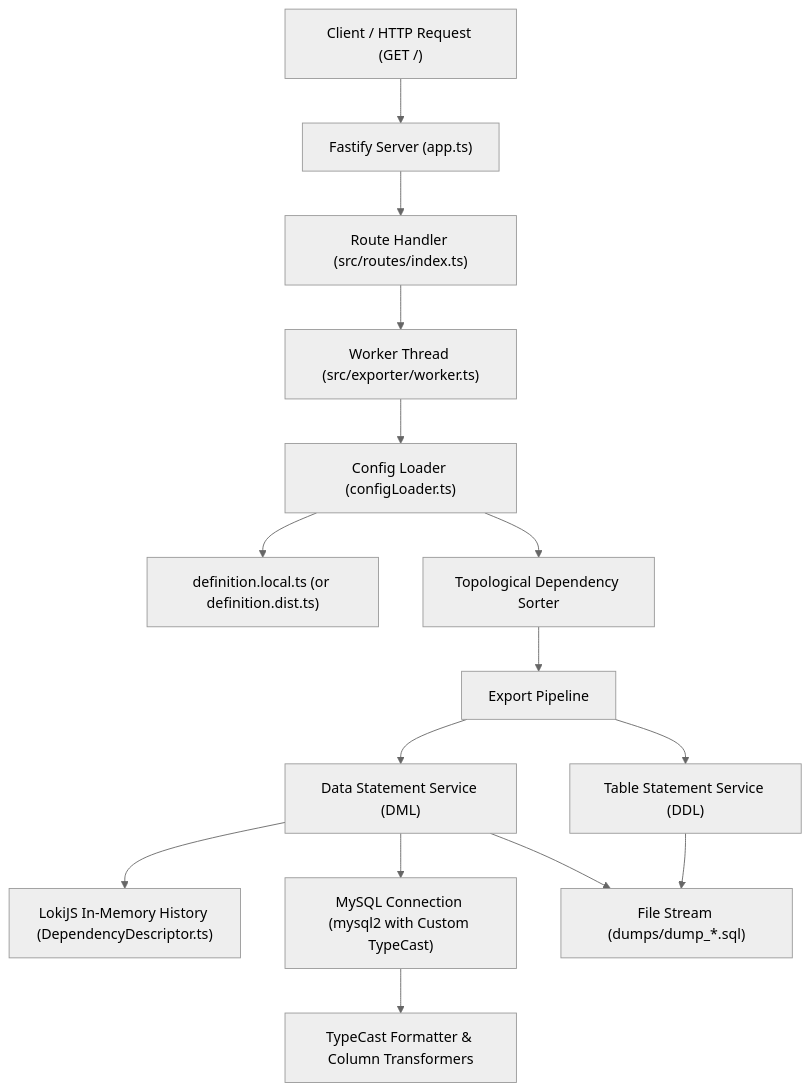
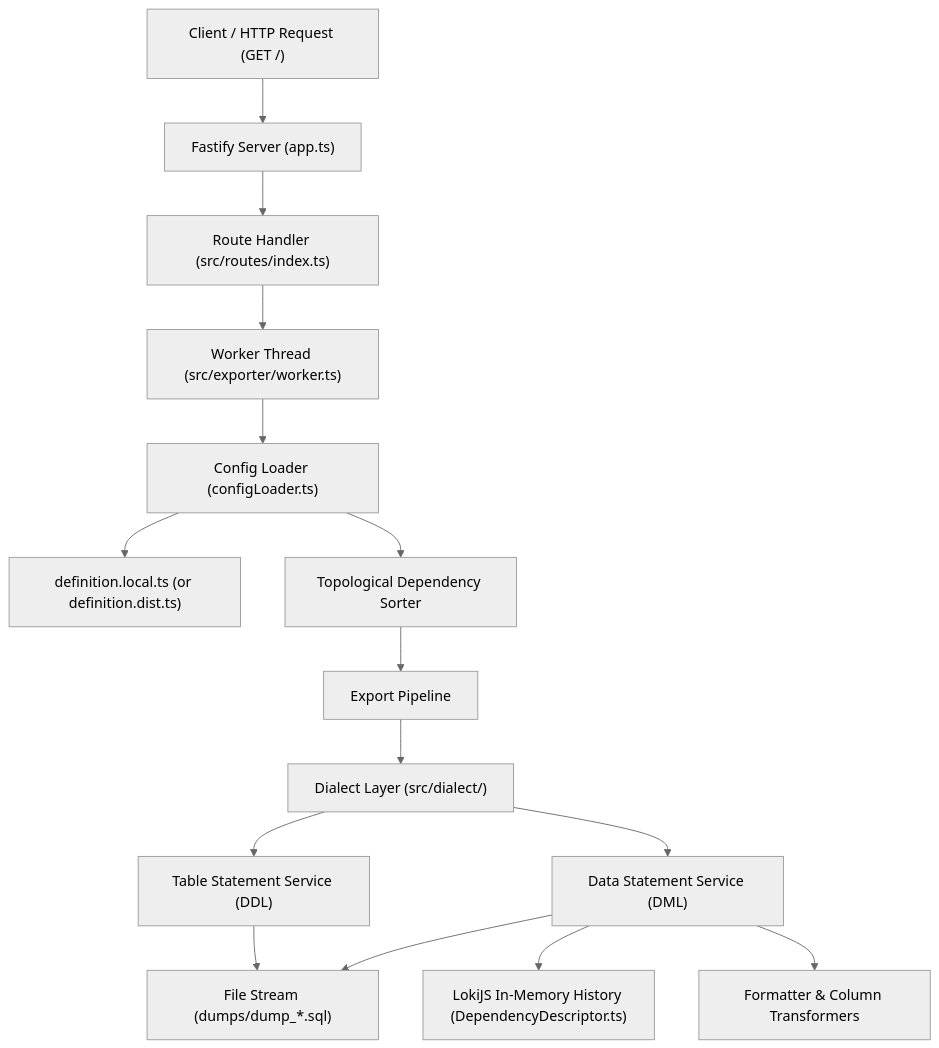
The diagram in AGENTS.md (mancsego/db_dumper), drawn with Mermaid (neutral theme) before and after one commit. The commit also changed other lines of this file and 20 other files, not shown here.

````diff
--- a/AGENTS.md
+++ b/AGENTS.md
@@ -11,17 +11,17 @@
 ```mermaid
 flowchart TD
     Client["Client / HTTP Request (GET /)"] --> App["Fastify Server (app.ts)"]
     App --> Route["Route Handler (src/routes/index.ts)"]
     Route --> Worker["Worker Thread (src/exporter/worker.ts)"]
     Worker --> ConfigLoader["Config Loader (configLoader.ts)"]
     ConfigLoader --> Definition["definition.local.ts (or definition.dist.ts)"]
     ConfigLoader --> TopoSort["Topological Dependency Sorter"]
     TopoSort --> Exporter["Export Pipeline"]
-    Exporter --> TableService["Table Statement Service (DDL)"]
-    Exporter --> DataService["Data Statement Service (DML)"]
+    Exporter --> Dialect["Dialect Layer (src/dialect/)"]
+    Dialect --> TableService["Table Statement Service (DDL)"]
+    Dialect --> DataService["Data Statement Service (DML)"]
     DataService --> Loki["LokiJS In-Memory History (DependencyDescriptor.ts)"]
-    DataService --> MySQL["MySQL Connection (mysql2 with Custom TypeCast)"]
-    MySQL --> Formatter["TypeCast Formatter & Column Transformers"]
+    DataService --> Formatter["Formatter & Column Transformers"]
     TableService --> DumpStream["File Stream (dumps/dump_*.sql)"]
     DataService --> DumpStream
 ```
````
